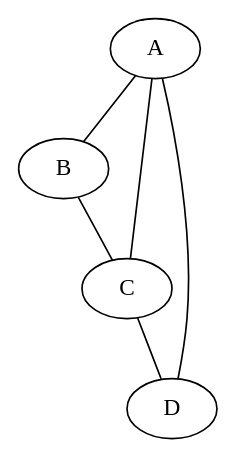
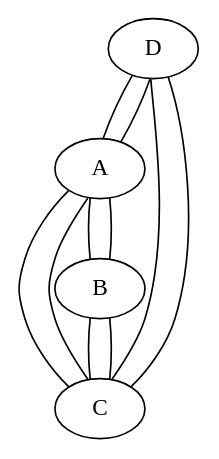
Before and after one commit to HugoBuscemi/Agreg-Projet-Graphes: the diagram in tiny.dot, drawn with Graphviz. The commit also changed 6 other files, not shown here.

```diff
--- a/tiny.dot
+++ b/tiny.dot
@@ -1,1 +1,1 @@
-graph tiny {	A -- B;	A -- C;	A -- D;	B -- C;	C -- D;}
+graph tiny {	D -- A;	D -- C;	B -- A;	B -- C;	A -- B;	A -- D;	A -- C;	C -- D;	C -- B;	C -- A;}
```
